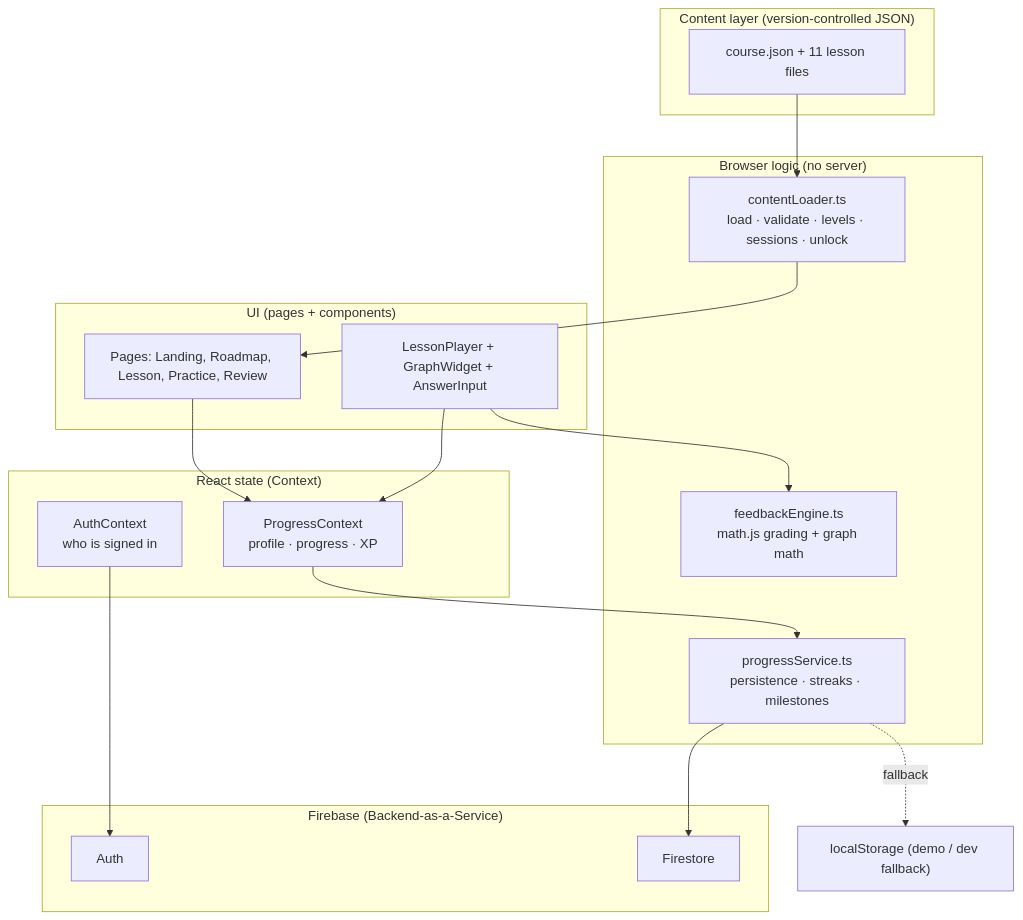
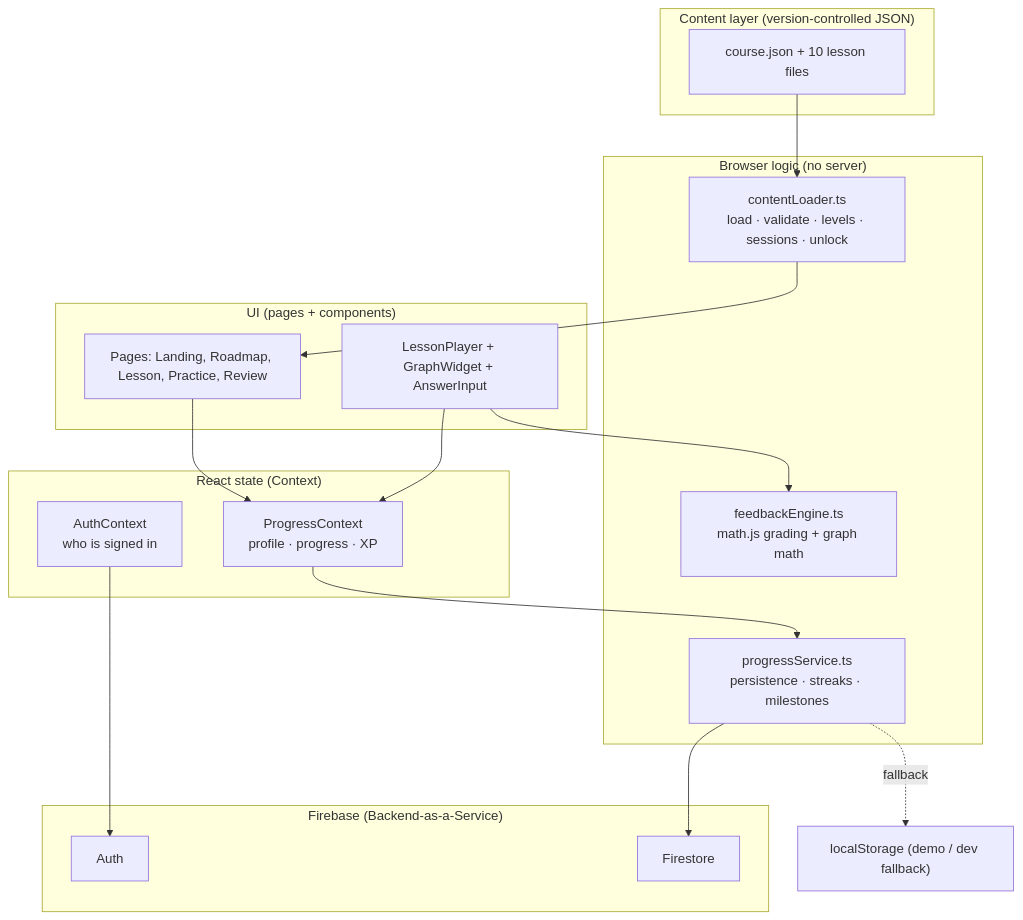
The first of 3 diagrams in OVERVIEW.md (GMatherne/Calculus-Lab), drawn with Mermaid before and after one commit. The commit also changed other lines of this file, not shown here.

````diff
--- a/OVERVIEW.md
+++ b/OVERVIEW.md
@@ -165,32 +177,32 @@
 ```mermaid
 flowchart TD
     subgraph Content["Content layer (version-controlled JSON)"]
-        C1["course.json + 11 lesson files"]
+        C1["course.json + 10 lesson files"]
     end
     subgraph Logic["Browser logic (no server)"]
         L1["contentLoader.ts<br/>load · validate · levels · sessions · unlock"]
         L2["feedbackEngine.ts<br/>math.js grading + graph math"]
         L3["progressService.ts<br/>persistence · streaks · milestones"]
     end
     subgraph State["React state (Context)"]
         S1["AuthContext<br/>who is signed in"]
         S2["ProgressContext<br/>profile · progress · XP"]
     end
     subgraph UI["UI (pages + components)"]
         U1["Pages: Landing, Roadmap, Lesson, Practice, Review"]
         U2["LessonPlayer + GraphWidget + AnswerInput"]
     end
     subgraph BaaS["Firebase (Backend-as-a-Service)"]
         F1["Auth"]
         F2["Firestore"]
     end
 
     C1 --> L1 --> U1
     U2 --> L2
     S2 --> L3 --> F2
     S1 --> F1
     U1 --> S2
     U2 --> S2
     S3["localStorage (demo / dev fallback)"]
     L3 -.fallback.-> S3
 ```
````
